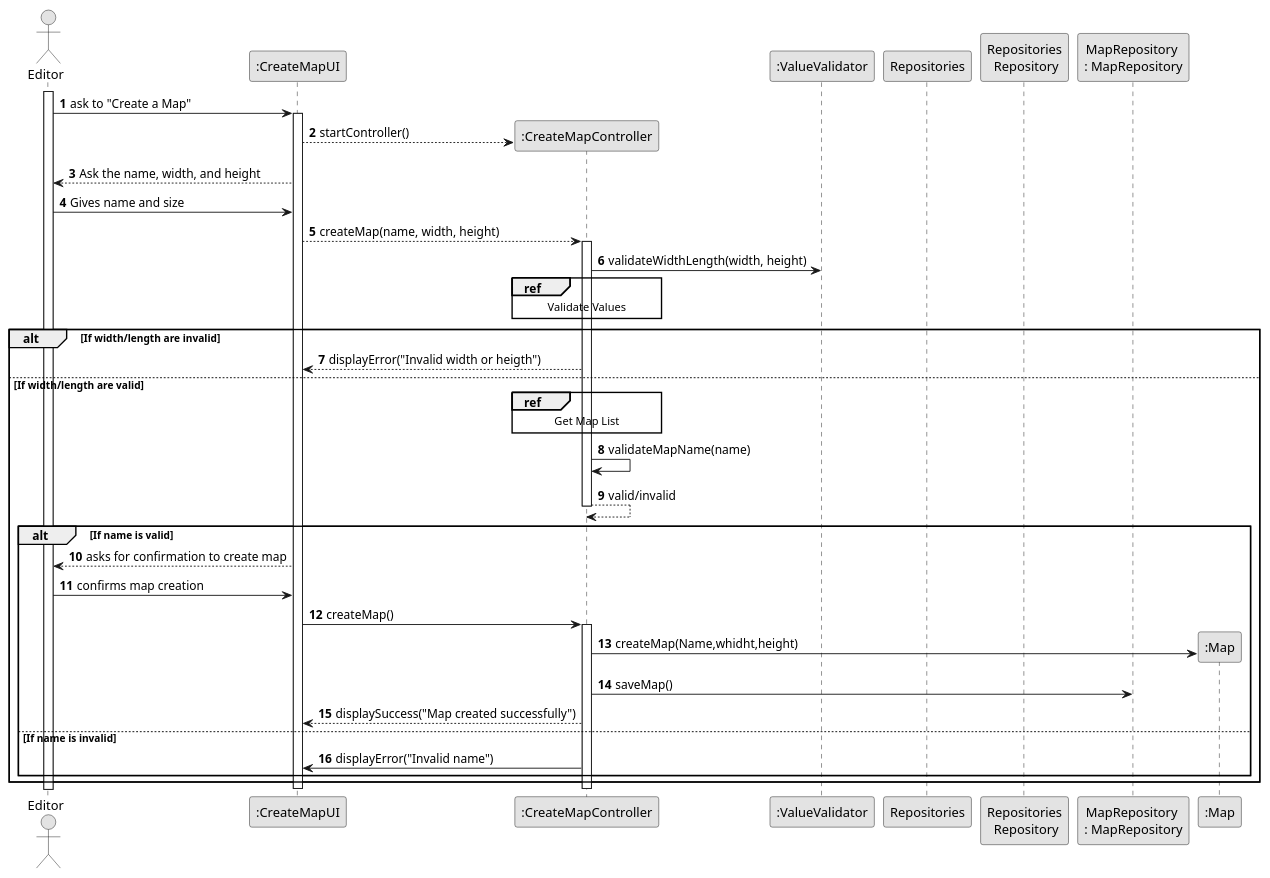
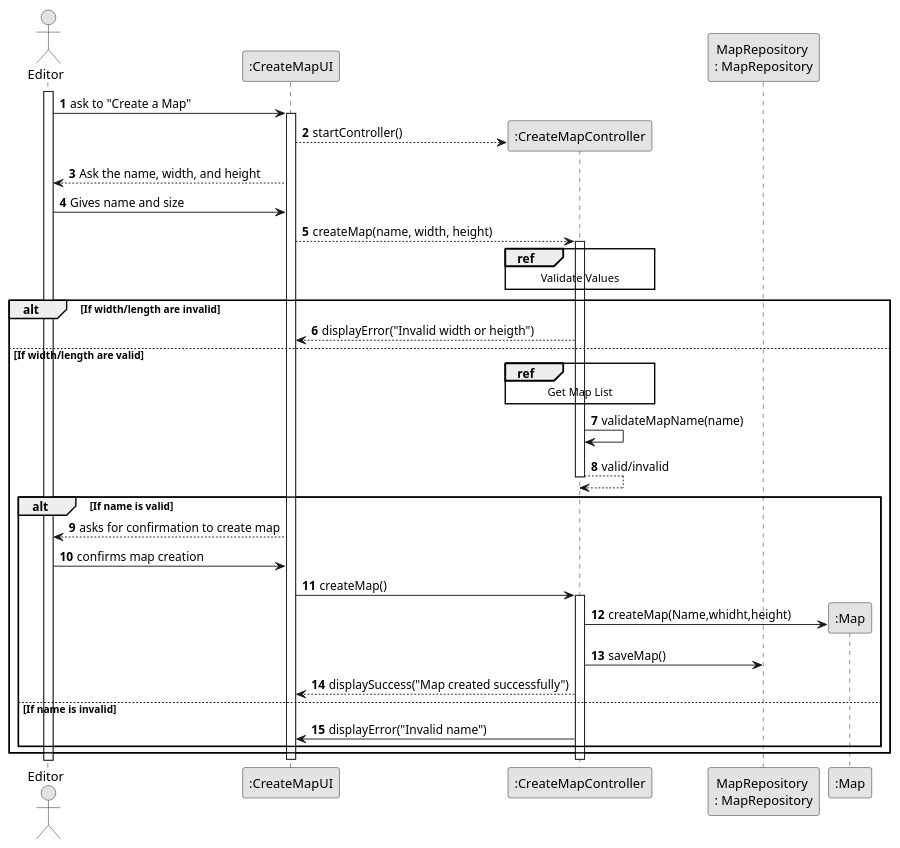
The diagram in docs/system-documentation/US001/03.design/puml/US001-SD-split.puml (1240826/empire-on-tracks), drawn with PlantUML before and after one commit. The commit also changed 13 other files, not shown here.

```diff
--- a/docs/system-documentation/US001/03.design/puml/US001-SD-split.puml
+++ b/docs/system-documentation/US001/03.design/puml/US001-SD-split.puml
@@ -1,91 +1,89 @@
 @startuml
 skinparam monochrome true
 skinparam packageStyle rectangle
 skinparam shadowing false
 
 autonumber
 
 actor "Editor" as Employee
 participant ":CreateMapUI" as UI
 participant ":CreateMapController" as Controller
-participant ":ValueValidator" as Validator
-participant "Repositories" as Rep
-participant "Repositories\n Repository" as Repos
+
 participant "MapRepository \n: MapRepository" as Repository
 
 participant ":Map" as Map
 
 activate Employee
 
     Employee -> UI : ask to "Create a Map"
     activate UI
 
             UI --> Controller** : startController()
 
 
 
         UI --> Employee : Ask the name, width, and height
 
 
 
 
 
 
 
     Employee -> UI : Gives name and size
 
 
         UI --> Controller  : createMap(name, width, height)
         activate Controller
 
-            Controller -> Validator : validateWidthLength(width, height)
+
           ref over Controller
           Validate Values
           end ref
 
             alt If width/length are invalid
                 Controller --> UI : displayError("Invalid width or heigth")
 
 
             else If width/length are valid
 
             ref over Controller
                  Get Map List
             end ref
 
 
                 Controller -> Controller : validateMapName(name)
                 Controller-->Controller:valid/invalid
 
                 deactivate Controller
 
                 alt If name is valid
                     UI --> Employee : asks for confirmation to create map
 
 
                     Employee -> UI : confirms map creation
 
 
                     UI -> Controller: createMap()
                     activate Controller
 
                     Controller->Map**:createMap(Name,whidht,height)
 
 
 
 
 
                             Controller -> Repository : saveMap()
                         deactivate Repository
 
 
                     Controller --> UI : displaySuccess("Map created successfully")
                 else If name is invalid
                     Controller -> UI : displayError("Invalid name")
                 end
             end
 
         deactivate Controller
     deactivate UI
 
 @enduml
```
